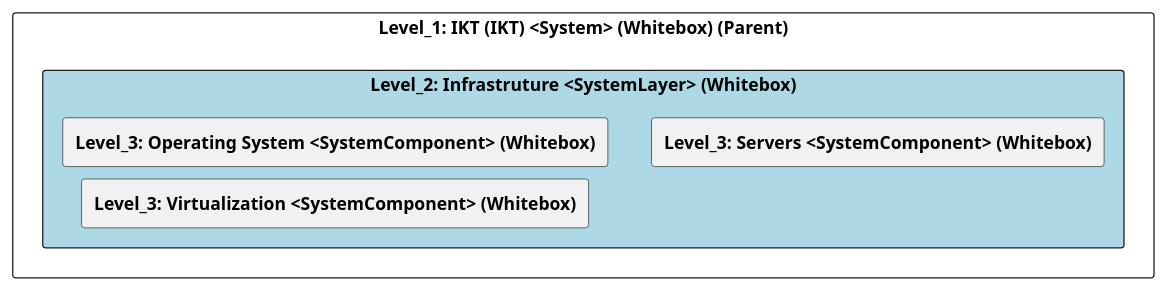
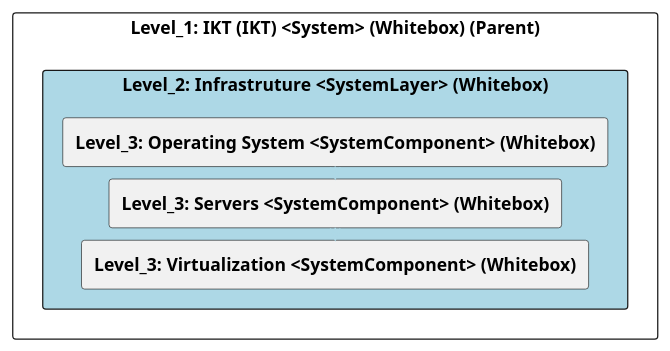
Before and after one commit to marcozwyssig/cleon: the diagram in src/cleon.architecturemethods.arc42.sample/doc/cleon_architecturemethods_arc42_sample_system/adoc/de/05_bausteinsicht/ikt/infrastruture/ebene_2_infrastruture.adoc, drawn with PlantUML. The commit also changed other lines of this file and 187 other files, not shown here.

```diff
--- a/src/cleon.architecturemethods.arc42.sample/doc/cleon_architecturemethods_arc42_sample_system/adoc/de/05_bausteinsicht/ikt/infrastruture/ebene_2_infrastruture.adoc
+++ b/src/cleon.architecturemethods.arc42.sample/doc/cleon_architecturemethods_arc42_sample_system/adoc/de/05_bausteinsicht/ikt/infrastruture/ebene_2_infrastruture.adoc
@@ -20,26 +20,30 @@
 [plantuml, Level_2: Infrastruture <SystemLayer> (Whitebox)BlockOverview, format="svg"]
 ----
 @startuml Level_2: Infrastruture <SystemLayer> (Whitebox)BuildingBlockOverview
 
 skinparam ranksep 10
 skinparam componentStyle rectangle
 skinparam shadowing false
 skinparam arrowColor lightblue
 skinparam arrowThickness 1.2
 skinparam rectangle {
   BackgroundColor White
   BorderColor #333
   RoundCorner 10
 }
 top to bottom direction
 
 component "Level_1: IKT (IKT) <System> (Whitebox) (Parent)" {
     component "Level_2: Infrastruture <SystemLayer> (Whitebox)" #lightblue {
         [**Level_3: Operating System <SystemComponent> (Whitebox)**] as 07FC9046_BEE7_11EF_8DCB_A78DEF9EA3BD
         [**Level_3: Servers <SystemComponent> (Whitebox)**] as 42DB7E7F_BEDF_11EF_B498_058EE446F8E7
         [**Level_3: Virtualization <SystemComponent> (Whitebox)**] as 483100CA_BEDF_11EF_B498_058EE446F8E7
     }
+
+    07FC9046_BEE7_11EF_8DCB_A78DEF9EA3BD -down-> 42DB7E7F_BEDF_11EF_B498_058EE446F8E7
+    42DB7E7F_BEDF_11EF_B498_058EE446F8E7 -down-> 483100CA_BEDF_11EF_B498_058EE446F8E7
+    
 }
 
 @enduml
 ----
```
